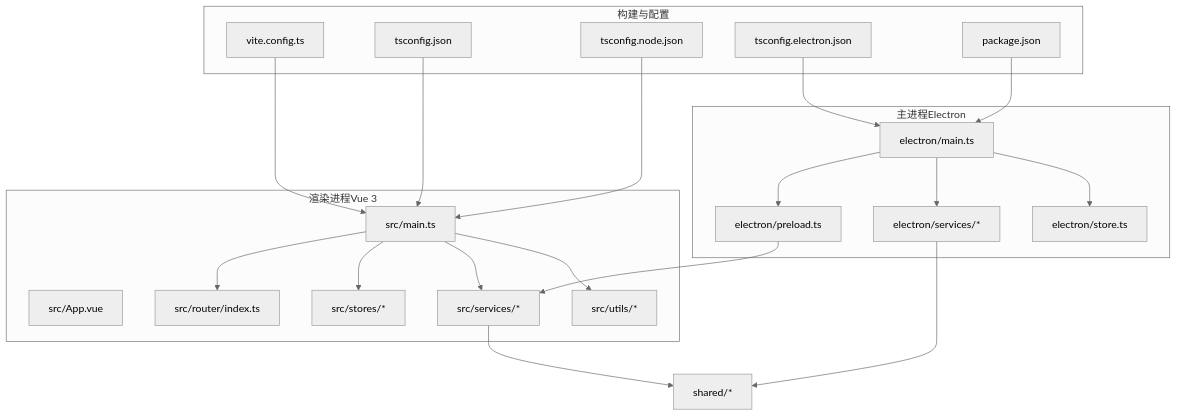
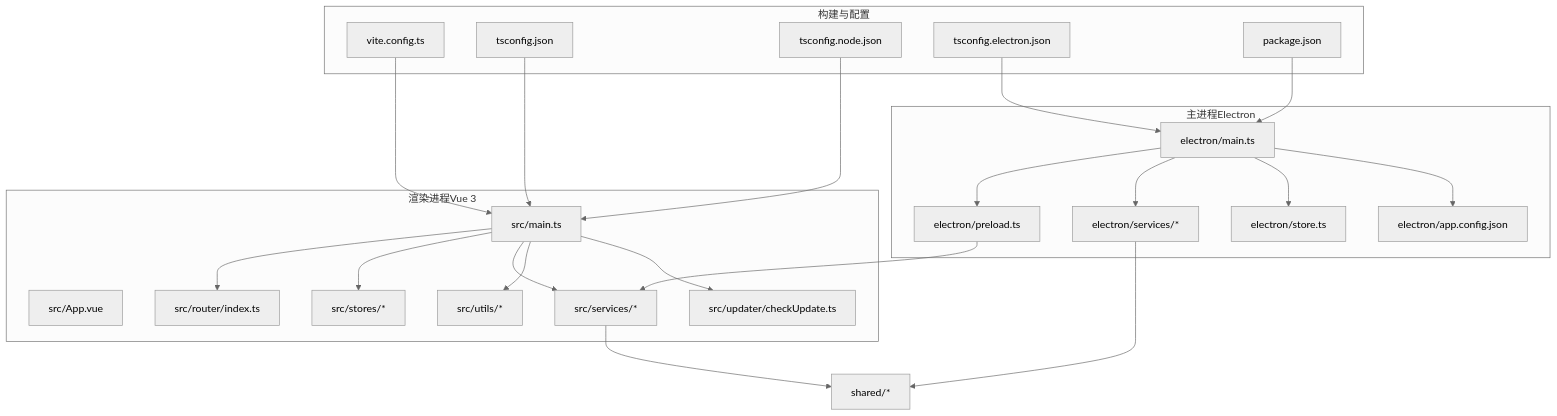
One commit to Siborne/OJFlow changed the first of 6 diagrams in .qoder/repowiki/zh/content/架构设计/架构设计.md. Above: the diagram before and after it, drawn with Mermaid (neutral theme). The commit also changed other lines of this file and 12 other files, not shown here.

````diff
--- a/.qoder/repowiki/zh/content/架构设计/架构设计.md
+++ b/.qoder/repowiki/zh/content/架构设计/架构设计.md
@@ -46,40 +60,44 @@
 ```mermaid
 graph TB
 subgraph "构建与配置"
 Vite["vite.config.ts"]
 TSRoot["tsconfig.json"]
 TSNode["tsconfig.node.json"]
 TSElec["tsconfig.electron.json"]
 Pkg["package.json"]
 end
 subgraph "主进程Electron"
 MainTS["electron/main.ts"]
 PreloadTS["electron/preload.ts"]
 StoreTS["electron/store.ts"]
 Services["electron/services/*"]
+AppConfig["electron/app.config.json"]
 end
 subgraph "渲染进程Vue 3"
 SrcMain["src/main.ts"]
 AppVue["src/App.vue"]
 Router["src/router/index.ts"]
 Stores["src/stores/*"]
 ServicesR["src/services/*"]
 Utils["src/utils/*"]
+Updater["src/updater/checkUpdate.ts"]
 end
 Shared["shared/*"]
 Pkg --> MainTS
 Vite --> SrcMain
 TSRoot --> SrcMain
 TSNode --> SrcMain
 TSElec --> MainTS
 MainTS --> PreloadTS
 MainTS --> Services
 MainTS --> StoreTS
+MainTS --> AppConfig
 PreloadTS --> ServicesR
 SrcMain --> Router
 SrcMain --> Stores
 SrcMain --> ServicesR
 SrcMain --> Utils
+SrcMain --> Updater
 ServicesR --> Shared
 Services --> Shared
 ```
````
